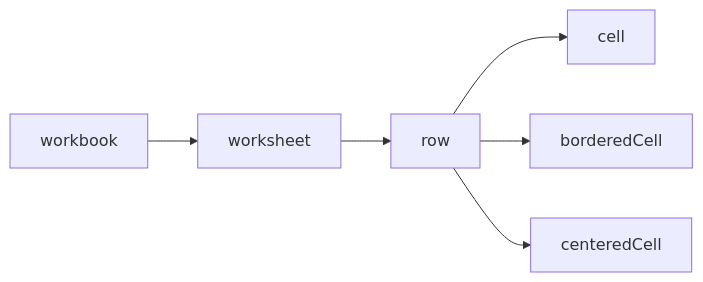
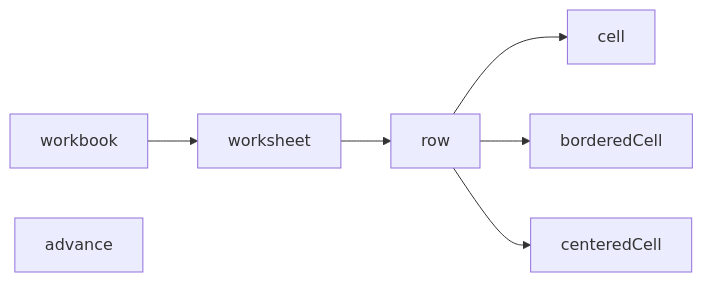
One commit to composize/composize changed the diagram in packages/excel/README.md. Above: the diagram before and after it, drawn with Mermaid. The commit also changed other lines of this file and 2 other files, not shown here.

Commit message:
feat(excel): add advance function to navigate rows and columns

````diff
--- a/packages/excel/README.md
+++ b/packages/excel/README.md
@@ -49,8 +49,9 @@
 ```mermaid
 graph LR
     workbook --> worksheet
     worksheet --> row
     row --> cell
     row --> borderedCell
     row --> centeredCell
+    advance
 ```
````
